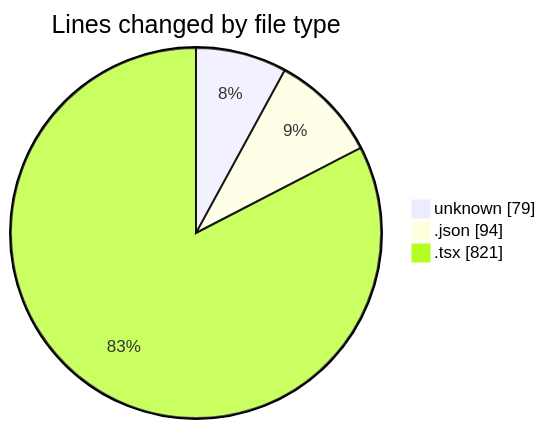
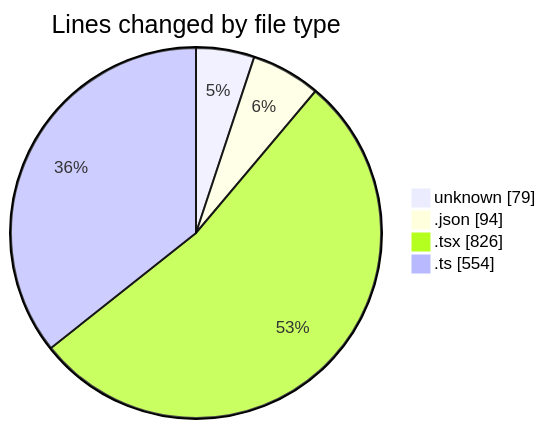
The first of 2 diagrams in 2025-07-24/cohera/README.md (JenPaints/code-tracking), drawn with Mermaid before and after one commit. The commit also changed other lines of this file and 1 other file, not shown here.

````diff
--- a/2025-07-24/cohera/README.md
+++ b/2025-07-24/cohera/README.md
@@ -28,7 +29,8 @@
 ```mermaid
 pie showData
 title Lines changed by file type
 "unknown" : 79
 ".json" : 94
-".tsx" : 821
+".tsx" : 826
+".ts" : 554
 ```
````
